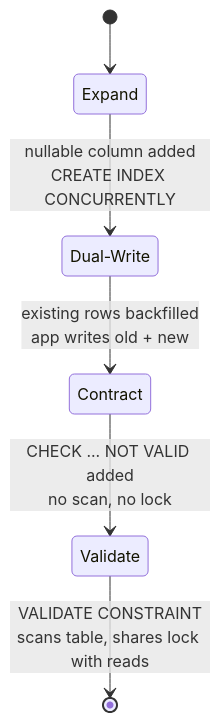
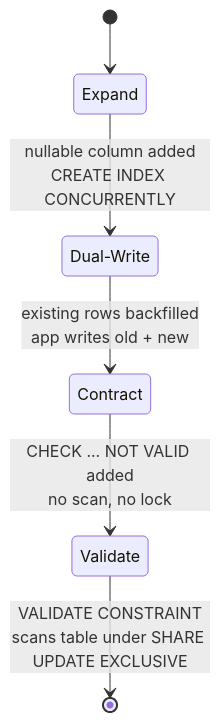
One commit to rppol/system-design changed the second of 3 diagrams in src/main/java/com/rutik/systemdesign/database/case_studies/design_multitenant_saas_database/README.md. Above: the diagram before and after it, drawn with Mermaid. The commit also changed other lines of this file and 5 other files, not shown here.

````diff
--- a/src/main/java/com/rutik/systemdesign/database/case_studies/design_multitenant_saas_database/README.md
+++ b/src/main/java/com/rutik/systemdesign/database/case_studies/design_multitenant_saas_database/README.md
@@ -260,9 +286,9 @@
 ```mermaid
 stateDiagram-v2
     [*] --> Expand
     state "Dual-Write" as DualWrite
     Expand --> DualWrite: nullable column added<br/>CREATE INDEX CONCURRENTLY
     DualWrite --> Contract: existing rows backfilled<br/>app writes old + new
     Contract --> Validate: CHECK ... NOT VALID added<br/>no scan, no lock
-    Validate --> [*]: VALIDATE CONSTRAINT<br/>scans table, shares lock with reads
+    Validate --> [*]: VALIDATE CONSTRAINT<br/>scans table under SHARE UPDATE EXCLUSIVE
 ```
````
